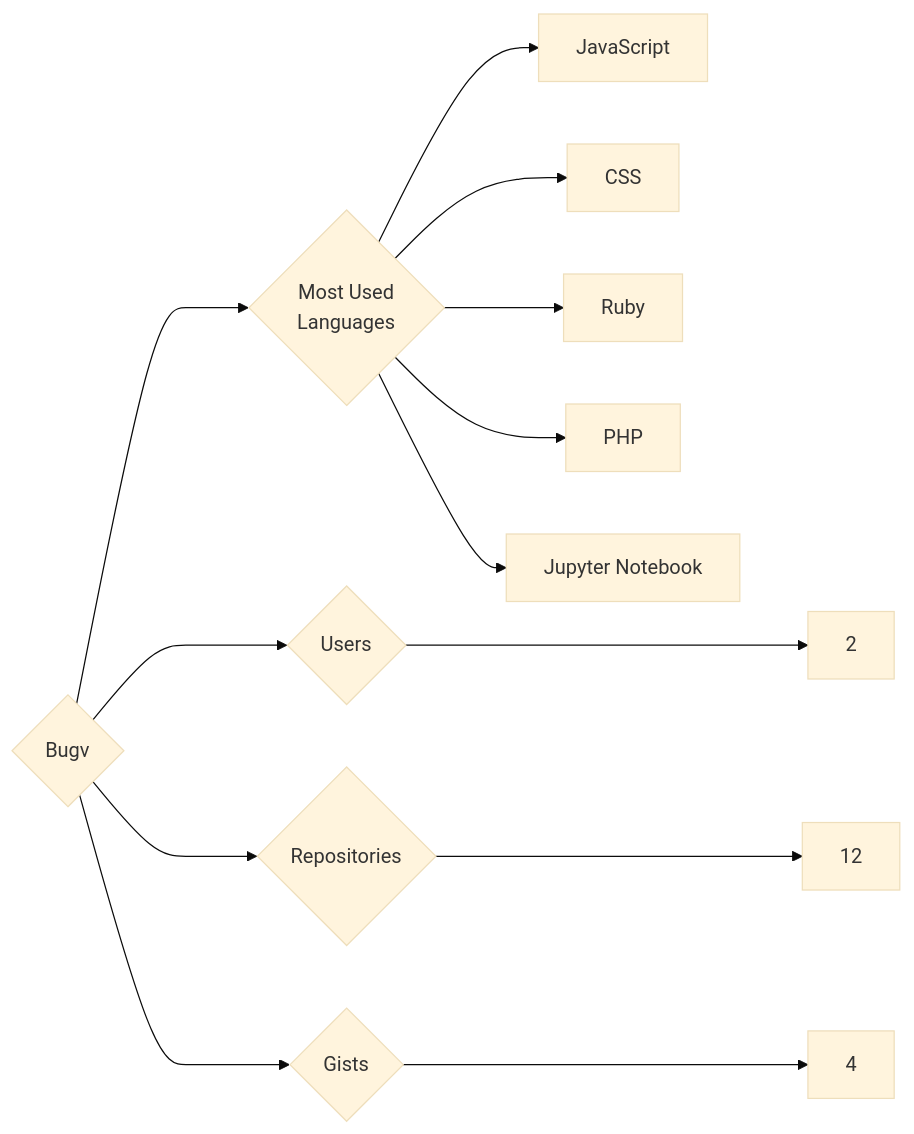
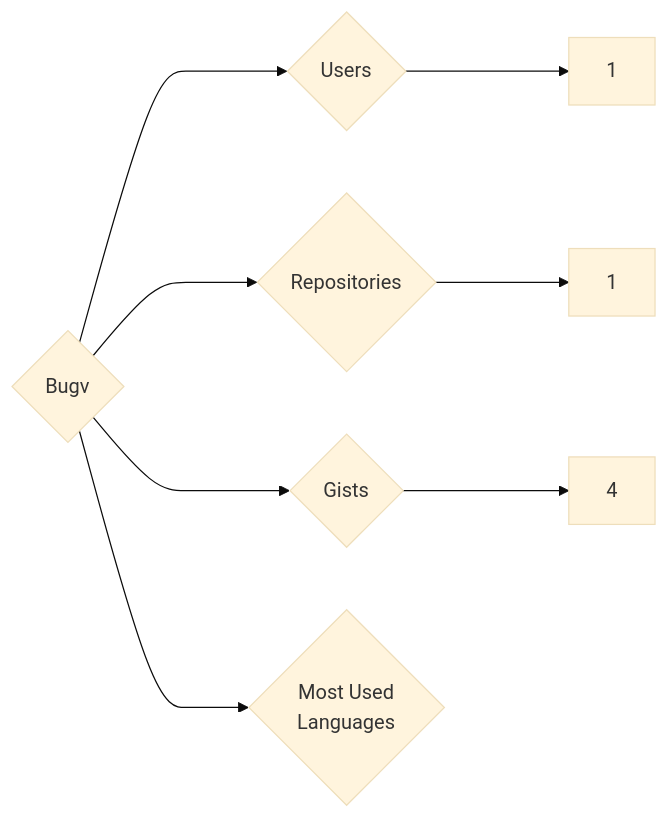
One commit to trickest/insiders changed the diagram in targets/Bugv/README.md. Above: the diagram before and after it, drawn with Mermaid (base theme). The commit also changed 718 other files, not shown here.

````diff
--- a/targets/Bugv/README.md
+++ b/targets/Bugv/README.md
@@ -3,13 +3,8 @@
 ```mermaid
 graph LR
 COMPANY_NAME{Bugv}
-COMPANY_NAME ---> U{Users} ---> UN[2]
-COMPANY_NAME ---> R{Repositories} ---> RN[12]
+COMPANY_NAME ---> U{Users} ---> UN[1]
+COMPANY_NAME ---> R{Repositories} ---> RN[1]
 COMPANY_NAME ---> G{Gists} ---> GN[4]
 COMPANY_NAME ---> ML{Most Used<br>Languages}
-ML --> JavaScript[JavaScript]
-ML --> CSS[CSS]
-ML --> Ruby[Ruby]
-ML --> PHP[PHP]
-ML --> Jupyter_Notebook[Jupyter Notebook]
 ```
````
